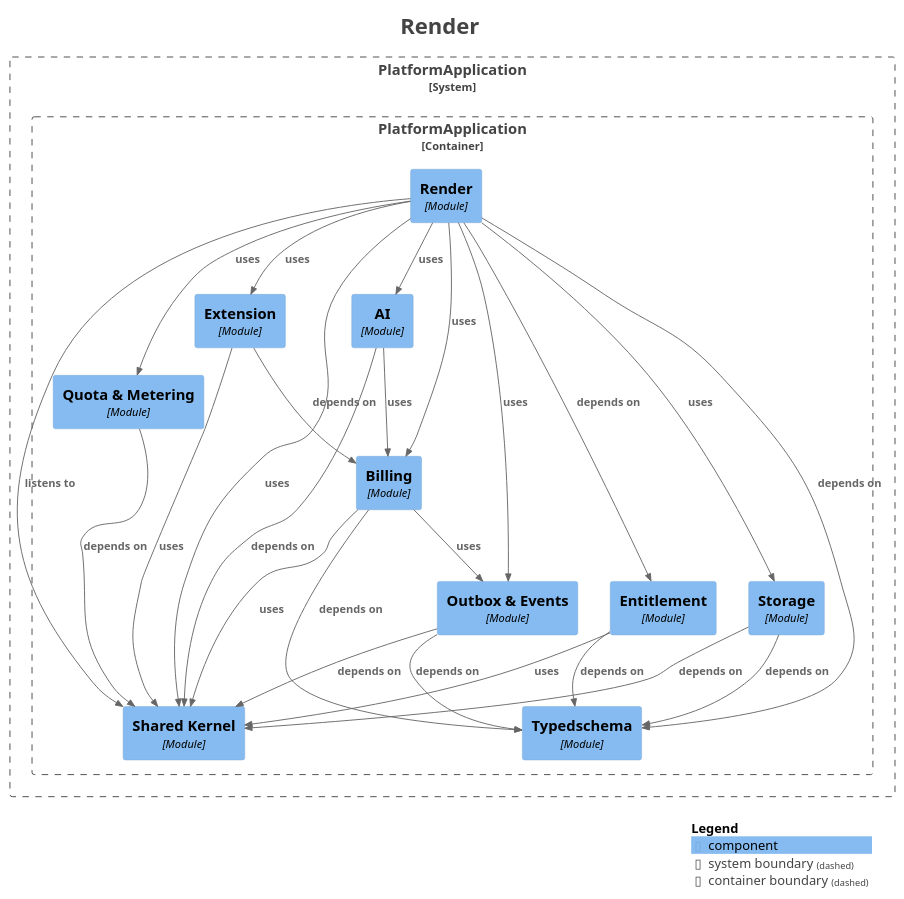
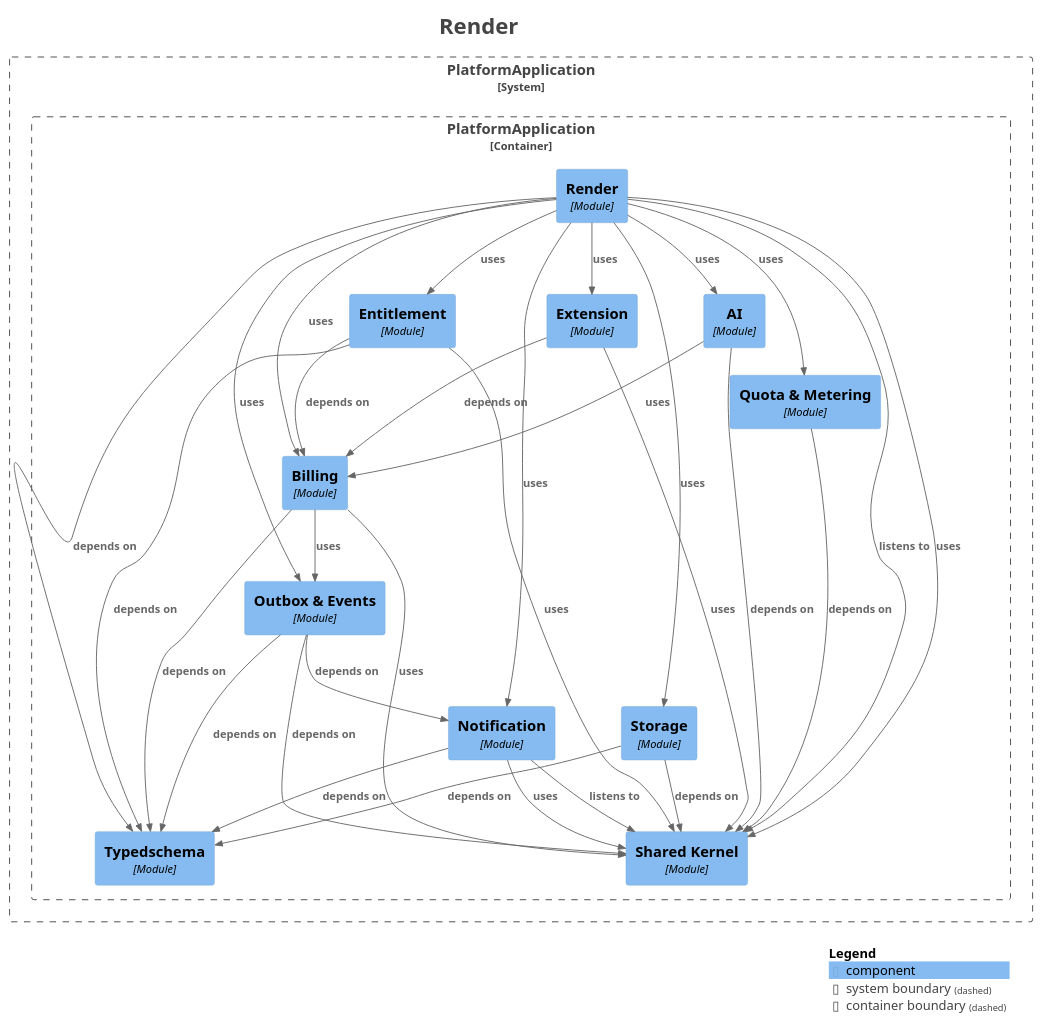
One commit to shangxq007/media-platform changed the diagram in platform-app/docs/architecture/maps/generated/modulith/module-render.puml. Above: the diagram before and after it, drawn with PlantUML. The commit also changed 43 other files, not shown here.

```diff
--- a/platform-app/docs/architecture/maps/generated/modulith/module-render.puml
+++ b/platform-app/docs/architecture/maps/generated/modulith/module-render.puml
@@ -1,61 +1,68 @@
 @startuml
 title <size:24>Render</size>
 
 set separator none
 top to bottom direction
 
 <style>
   root {
     BackgroundColor: #ffffff
     FontColor: #444444
   }
 </style>
 
 !include <C4/C4>
 !include <C4/C4_Context>
 !include <C4/C4_Component>
 
 System_Boundary("PlatformApplication_boundary", "PlatformApplication", $tags="") {
   Container_Boundary("PlatformApplication.PlatformApplication_boundary", "PlatformApplication", $tags="") {
+    Component(PlatformApplication.PlatformApplication.Entitlement, "Entitlement", $techn="Module", $descr="", $tags="", $link="")
+    Component(PlatformApplication.PlatformApplication.Extension, "Extension", $techn="Module", $descr="", $tags="", $link="")
+    Component(PlatformApplication.PlatformApplication.Notification, "Notification", $techn="Module", $descr="", $tags="", $link="")
+    Component(PlatformApplication.PlatformApplication.OutboxEvents, "Outbox & Events", $techn="Module", $descr="", $tags="", $link="")
+    Component(PlatformApplication.PlatformApplication.AI, "AI", $techn="Module", $descr="", $tags="", $link="")
+    Component(PlatformApplication.PlatformApplication.QuotaMetering, "Quota & Metering", $techn="Module", $descr="", $tags="", $link="")
+    Component(PlatformApplication.PlatformApplication.Render, "Render", $techn="Module", $descr="", $tags="", $link="")
     Component(PlatformApplication.PlatformApplication.SharedKernel, "Shared Kernel", $techn="Module", $descr="", $tags="", $link="")
+    Component(PlatformApplication.PlatformApplication.Storage, "Storage", $techn="Module", $descr="", $tags="", $link="")
     Component(PlatformApplication.PlatformApplication.Typedschema, "Typedschema", $techn="Module", $descr="", $tags="", $link="")
-    Component(PlatformApplication.PlatformApplication.OutboxEvents, "Outbox & Events", $techn="Module", $descr="", $tags="", $link="")
-    Component(PlatformApplication.PlatformApplication.QuotaMetering, "Quota & Metering", $techn="Module", $descr="", $tags="", $link="")
-    Component(PlatformApplication.PlatformApplication.Storage, "Storage", $techn="Module", $descr="", $tags="", $link="")
     Component(PlatformApplication.PlatformApplication.Billing, "Billing", $techn="Module", $descr="", $tags="", $link="")
-    Component(PlatformApplication.PlatformApplication.Entitlement, "Entitlement", $techn="Module", $descr="", $tags="", $link="")
-    Component(PlatformApplication.PlatformApplication.AI, "AI", $techn="Module", $descr="", $tags="", $link="")
-    Component(PlatformApplication.PlatformApplication.Extension, "Extension", $techn="Module", $descr="", $tags="", $link="")
-    Component(PlatformApplication.PlatformApplication.Render, "Render", $techn="Module", $descr="", $tags="", $link="")
   }
 
 }
 
+Rel(PlatformApplication.PlatformApplication.Billing, PlatformApplication.PlatformApplication.Typedschema, "depends on", $techn="", $tags="", $link="")
+Rel(PlatformApplication.PlatformApplication.Billing, PlatformApplication.PlatformApplication.SharedKernel, "uses", $techn="", $tags="", $link="")
+Rel(PlatformApplication.PlatformApplication.Billing, PlatformApplication.PlatformApplication.OutboxEvents, "uses", $techn="", $tags="", $link="")
+Rel(PlatformApplication.PlatformApplication.Render, PlatformApplication.PlatformApplication.SharedKernel, "listens to", $techn="", $tags="", $link="")
+Rel(PlatformApplication.PlatformApplication.Render, PlatformApplication.PlatformApplication.Typedschema, "depends on", $techn="", $tags="", $link="")
+Rel(PlatformApplication.PlatformApplication.Render, PlatformApplication.PlatformApplication.Storage, "uses", $techn="", $tags="", $link="")
+Rel(PlatformApplication.PlatformApplication.Render, PlatformApplication.PlatformApplication.AI, "uses", $techn="", $tags="", $link="")
+Rel(PlatformApplication.PlatformApplication.Render, PlatformApplication.PlatformApplication.Notification, "uses", $techn="", $tags="", $link="")
+Rel(PlatformApplication.PlatformApplication.Render, PlatformApplication.PlatformApplication.Entitlement, "uses", $techn="", $tags="", $link="")
+Rel(PlatformApplication.PlatformApplication.Render, PlatformApplication.PlatformApplication.Billing, "uses", $techn="", $tags="", $link="")
+Rel(PlatformApplication.PlatformApplication.Render, PlatformApplication.PlatformApplication.Extension, "uses", $techn="", $tags="", $link="")
+Rel(PlatformApplication.PlatformApplication.Render, PlatformApplication.PlatformApplication.OutboxEvents, "uses", $techn="", $tags="", $link="")
+Rel(PlatformApplication.PlatformApplication.Render, PlatformApplication.PlatformApplication.SharedKernel, "uses", $techn="", $tags="", $link="")
+Rel(PlatformApplication.PlatformApplication.Render, PlatformApplication.PlatformApplication.QuotaMetering, "uses", $techn="", $tags="", $link="")
+Rel(PlatformApplication.PlatformApplication.Notification, PlatformApplication.PlatformApplication.SharedKernel, "listens to", $techn="", $tags="", $link="")
+Rel(PlatformApplication.PlatformApplication.Notification, PlatformApplication.PlatformApplication.Typedschema, "depends on", $techn="", $tags="", $link="")
+Rel(PlatformApplication.PlatformApplication.Notification, PlatformApplication.PlatformApplication.SharedKernel, "uses", $techn="", $tags="", $link="")
 Rel(PlatformApplication.PlatformApplication.Storage, PlatformApplication.PlatformApplication.Typedschema, "depends on", $techn="", $tags="", $link="")
 Rel(PlatformApplication.PlatformApplication.Storage, PlatformApplication.PlatformApplication.SharedKernel, "depends on", $techn="", $tags="", $link="")
 Rel(PlatformApplication.PlatformApplication.OutboxEvents, PlatformApplication.PlatformApplication.SharedKernel, "depends on", $techn="", $tags="", $link="")
+Rel(PlatformApplication.PlatformApplication.OutboxEvents, PlatformApplication.PlatformApplication.Notification, "depends on", $techn="", $tags="", $link="")
 Rel(PlatformApplication.PlatformApplication.OutboxEvents, PlatformApplication.PlatformApplication.Typedschema, "depends on", $techn="", $tags="", $link="")
+Rel(PlatformApplication.PlatformApplication.AI, PlatformApplication.PlatformApplication.SharedKernel, "depends on", $techn="", $tags="", $link="")
+Rel(PlatformApplication.PlatformApplication.AI, PlatformApplication.PlatformApplication.Billing, "uses", $techn="", $tags="", $link="")
 Rel(PlatformApplication.PlatformApplication.QuotaMetering, PlatformApplication.PlatformApplication.SharedKernel, "depends on", $techn="", $tags="", $link="")
+Rel(PlatformApplication.PlatformApplication.Entitlement, PlatformApplication.PlatformApplication.Billing, "depends on", $techn="", $tags="", $link="")
 Rel(PlatformApplication.PlatformApplication.Entitlement, PlatformApplication.PlatformApplication.Typedschema, "depends on", $techn="", $tags="", $link="")
 Rel(PlatformApplication.PlatformApplication.Entitlement, PlatformApplication.PlatformApplication.SharedKernel, "uses", $techn="", $tags="", $link="")
 Rel(PlatformApplication.PlatformApplication.Extension, PlatformApplication.PlatformApplication.Billing, "depends on", $techn="", $tags="", $link="")
 Rel(PlatformApplication.PlatformApplication.Extension, PlatformApplication.PlatformApplication.SharedKernel, "uses", $techn="", $tags="", $link="")
-Rel(PlatformApplication.PlatformApplication.AI, PlatformApplication.PlatformApplication.SharedKernel, "depends on", $techn="", $tags="", $link="")
-Rel(PlatformApplication.PlatformApplication.AI, PlatformApplication.PlatformApplication.Billing, "uses", $techn="", $tags="", $link="")
-Rel(PlatformApplication.PlatformApplication.Render, PlatformApplication.PlatformApplication.SharedKernel, "listens to", $techn="", $tags="", $link="")
-Rel(PlatformApplication.PlatformApplication.Render, PlatformApplication.PlatformApplication.Typedschema, "depends on", $techn="", $tags="", $link="")
-Rel(PlatformApplication.PlatformApplication.Render, PlatformApplication.PlatformApplication.Entitlement, "depends on", $techn="", $tags="", $link="")
-Rel(PlatformApplication.PlatformApplication.Render, PlatformApplication.PlatformApplication.Storage, "uses", $techn="", $tags="", $link="")
-Rel(PlatformApplication.PlatformApplication.Render, PlatformApplication.PlatformApplication.AI, "uses", $techn="", $tags="", $link="")
-Rel(PlatformApplication.PlatformApplication.Render, PlatformApplication.PlatformApplication.SharedKernel, "uses", $techn="", $tags="", $link="")
-Rel(PlatformApplication.PlatformApplication.Render, PlatformApplication.PlatformApplication.Billing, "uses", $techn="", $tags="", $link="")
-Rel(PlatformApplication.PlatformApplication.Render, PlatformApplication.PlatformApplication.Extension, "uses", $techn="", $tags="", $link="")
-Rel(PlatformApplication.PlatformApplication.Render, PlatformApplication.PlatformApplication.OutboxEvents, "uses", $techn="", $tags="", $link="")
-Rel(PlatformApplication.PlatformApplication.Render, PlatformApplication.PlatformApplication.QuotaMetering, "uses", $techn="", $tags="", $link="")
-Rel(PlatformApplication.PlatformApplication.Billing, PlatformApplication.PlatformApplication.Typedschema, "depends on", $techn="", $tags="", $link="")
-Rel(PlatformApplication.PlatformApplication.Billing, PlatformApplication.PlatformApplication.SharedKernel, "uses", $techn="", $tags="", $link="")
-Rel(PlatformApplication.PlatformApplication.Billing, PlatformApplication.PlatformApplication.OutboxEvents, "uses", $techn="", $tags="", $link="")
 
 SHOW_LEGEND(true)
 hide stereotypes
 @enduml
```
